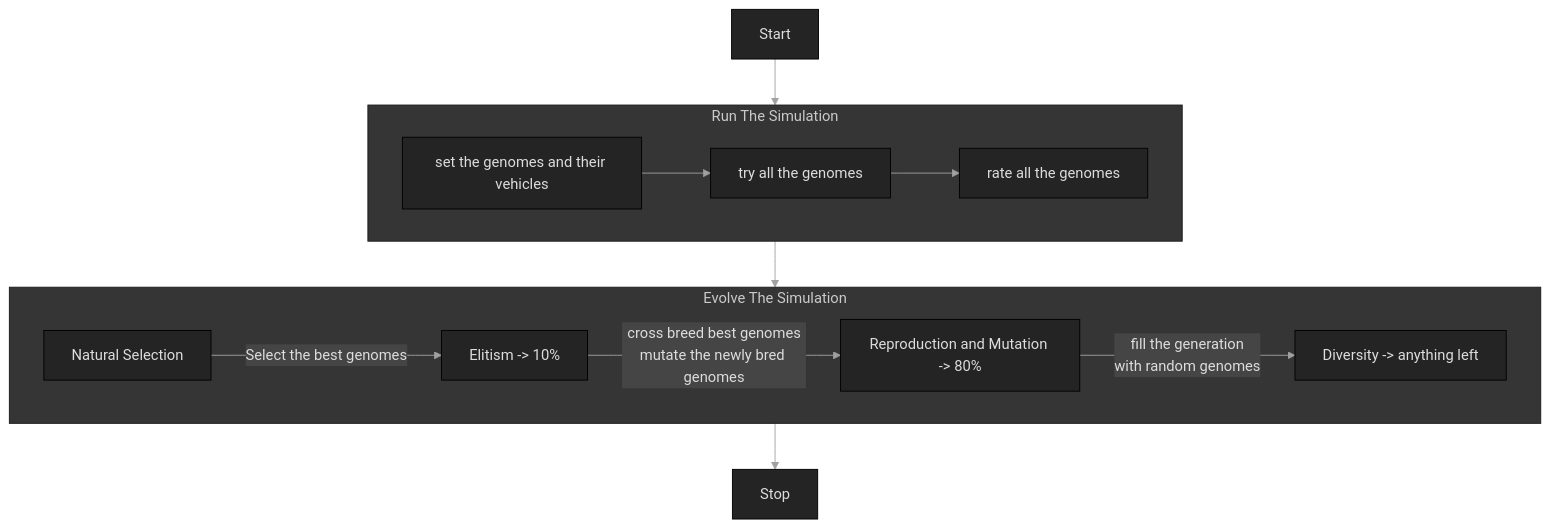
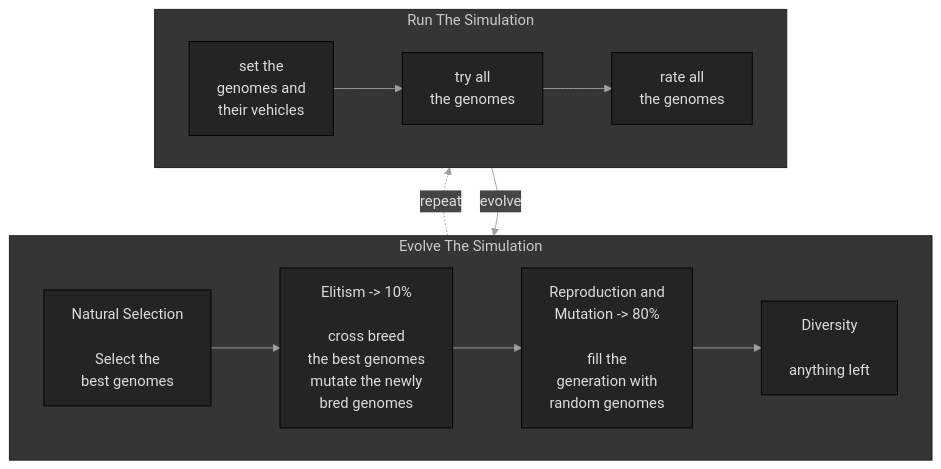
The first of 3 diagrams in README.md (GuillaumeBouchetEpitech/self-learning-3d-cars), drawn with Mermaid before and after one commit. The commit also changed other lines of this file and 141 other files, not shown here.

````diff
--- a/README.md
+++ b/README.md
@@ -17,47 +17,70 @@
 ```mermaid
 
 %%{
   init: {
     'theme': 'base',
     'themeVariables': {
       'primaryColor': '#242424',
       'primaryTextColor': '#DDD',
       'primaryBorderColor': '#000',
       'lineColor': '#A0A0A0',
       'secondaryColor': '#454545',
       'tertiaryColor': '#353535'
     }
   }
 }%%
 
-  flowchart TD
+  flowchart BT
 
     subgraph simulation [Run The Simulation]
 
-      run1[set the genomes and their vehicles]
-      run2[try all the genomes]
-      run3[rate all the genomes]
+      direction LR
+
+      run1[set the<br>genomes and<br>their vehicles]
+      run2[try all<br>the genomes]
+      run3[rate all<br>the genomes]
+
+      run1 --> run2 --> run3
 
     end
 
     subgraph evolution [Evolve The Simulation]
 
-      evo1[Natural Selection]
-      evo2[Elitism -> 10%]
-      evo3[Reproduction and Mutation -> 80%]
-      evo4[Diversity -> anything left]
+      direction LR
+
+      evo1["
+      Natural Selection
+
+      Select the
+      best genomes
+      "]
+      evo2["
+      Elitism -> 10%
+
+      cross breed
+      the best genomes
+      mutate the newly
+      bred genomes
+      "]
+      evo3["
+      Reproduction and
+      Mutation -> 80%
+
+      fill the
+      generation with
+      random genomes
+      "]
+      evo4["
+      Diversity
+
+      anything left"]
+
+      evo1 --> evo2 --> evo3 --> evo4
 
     end
 
-    Start --> simulation
-    simulation --> evolution
-    evolution --> Stop
-
-    run1 --> run2 --> run3
-
-    evo1 -- Select the best genomes --> evo2
-    evo2 -- cross breed best genomes\nmutate the newly bred genomes --> evo3
-    evo3 -- fill the generation\nwith random genomes --> evo4
+    simulation -- evolve --> evolution
+    evolution -. repeat .-> simulation
 
 
 ```
````
